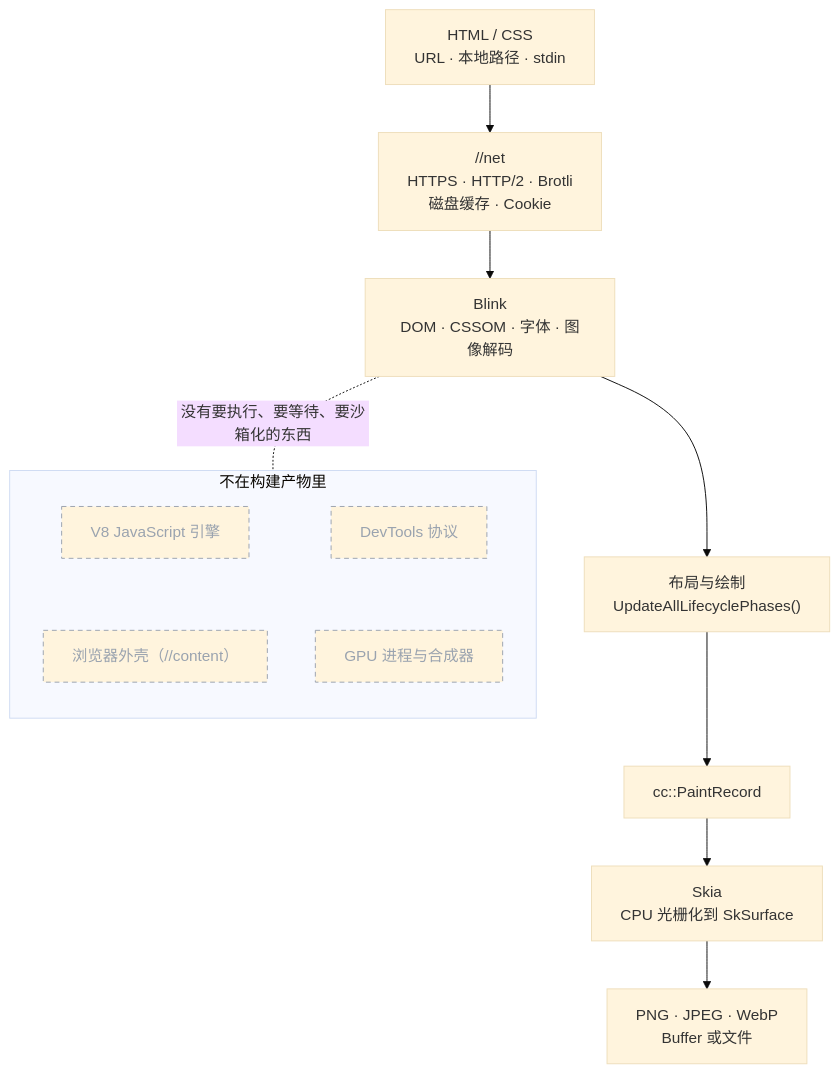
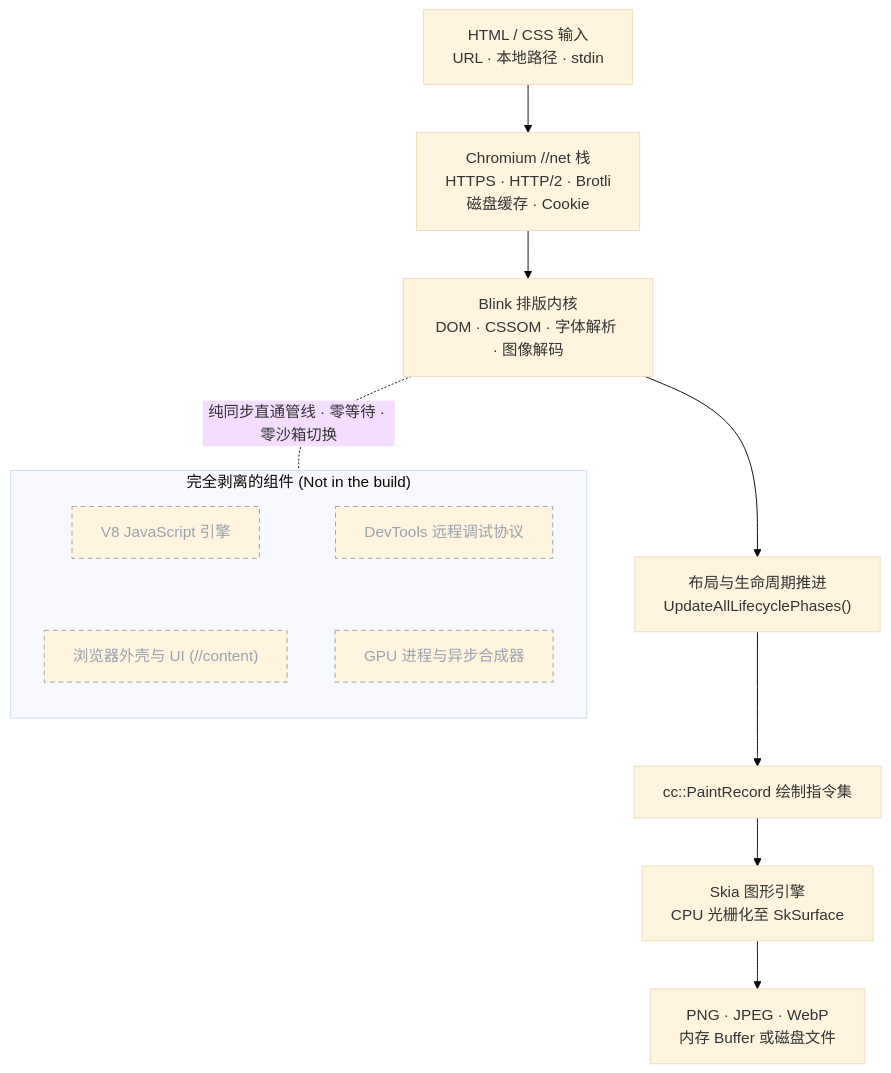
One commit to sj817/shotium changed the second of 2 diagrams in README.zh.md. Above: the diagram before and after it, drawn with Mermaid (base theme). The commit also changed other lines of this file and 3 other files, not shown here.

````diff
--- a/README.zh.md
+++ b/README.zh.md
@@ -606,27 +579,27 @@
 ```mermaid
 flowchart TB
-    IN["HTML / CSS<br/>URL · 本地路径 · stdin"]
-    NET["//net<br/>HTTPS · HTTP/2 · Brotli<br/>磁盘缓存 · Cookie"]
-    BLINK["Blink<br/>DOM · CSSOM · 字体 · 图像解码"]
-    LIFE["布局与绘制<br/>UpdateAllLifecyclePhases()"]
-    REC["cc::PaintRecord"]
-    SKIA["Skia<br/>CPU 光栅化到 SkSurface"]
-    OUT["PNG · JPEG · WebP<br/>Buffer 或文件"]
+    IN["HTML / CSS 输入<br/>URL · 本地路径 · stdin"]
+    NET["Chromium //net 栈<br/>HTTPS · HTTP/2 · Brotli<br/>磁盘缓存 · Cookie"]
+    BLINK["Blink 排版内核<br/>DOM · CSSOM · 字体解析 · 图像解码"]
+    LIFE["布局与生命周期推进<br/>UpdateAllLifecyclePhases()"]
+    REC["cc::PaintRecord 绘制指令集"]
+    SKIA["Skia 图形引擎<br/>CPU 光栅化至 SkSurface"]
+    OUT["PNG · JPEG · WebP<br/>内存 Buffer 或磁盘文件"]
 
     IN --> NET --> BLINK --> LIFE --> REC --> SKIA --> OUT
 
-    subgraph cut["不在构建产物里"]
+    subgraph cut["完全剥离的组件 (Not in the build)"]
         direction TB
         V8["V8 JavaScript 引擎"]
-        SHELL["浏览器外壳（//content）"]
-        DEVTOOLS["DevTools 协议"]
-        GPU["GPU 进程与合成器"]
+        SHELL["浏览器外壳与 UI (//content)"]
+        DEVTOOLS["DevTools 远程调试协议"]
+        GPU["GPU 进程与异步合成器"]
         V8 ~~~ SHELL
         DEVTOOLS ~~~ GPU
     end
 
-    BLINK -. "没有要执行、要等待、要沙箱化的东西" .- cut
+    BLINK -. "纯同步直通管线 · 零等待 · 零沙箱切换" .- cut
 
     classDef gone stroke-dasharray: 5 4,color:#9aa3af,stroke:#9aa3af
     class V8,SHELL,DEVTOOLS,GPU gone
 ```
````
